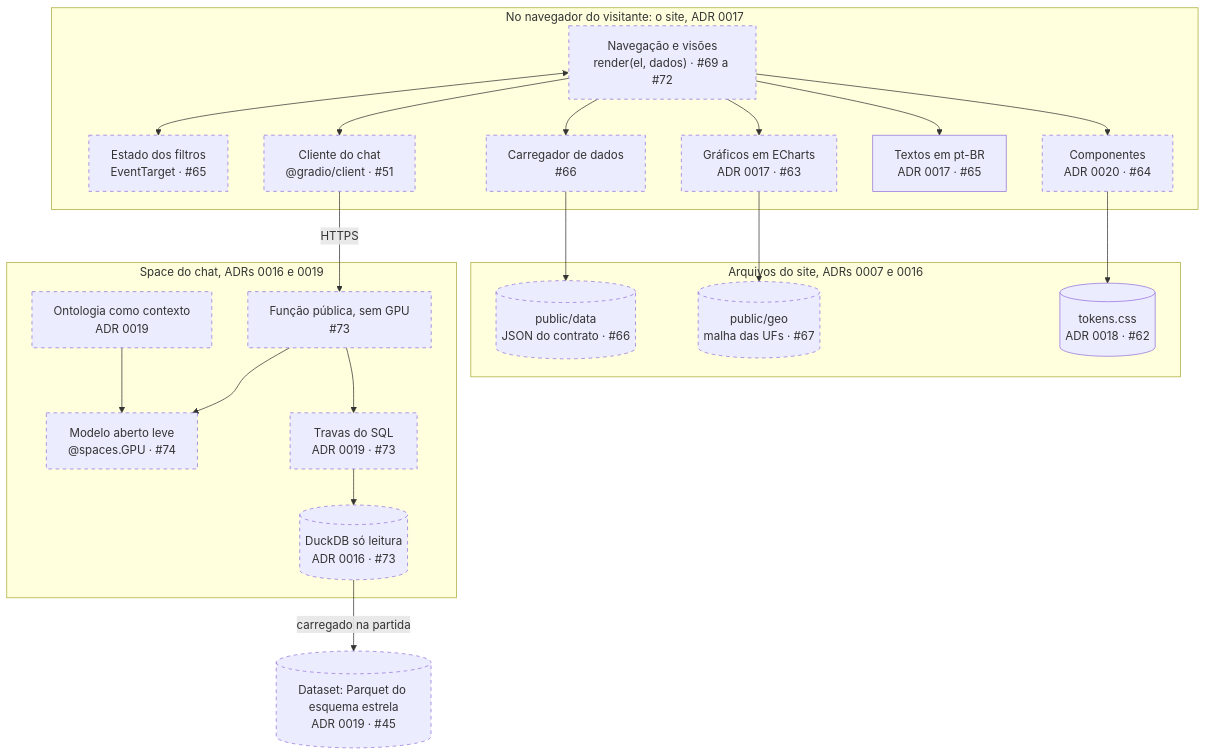
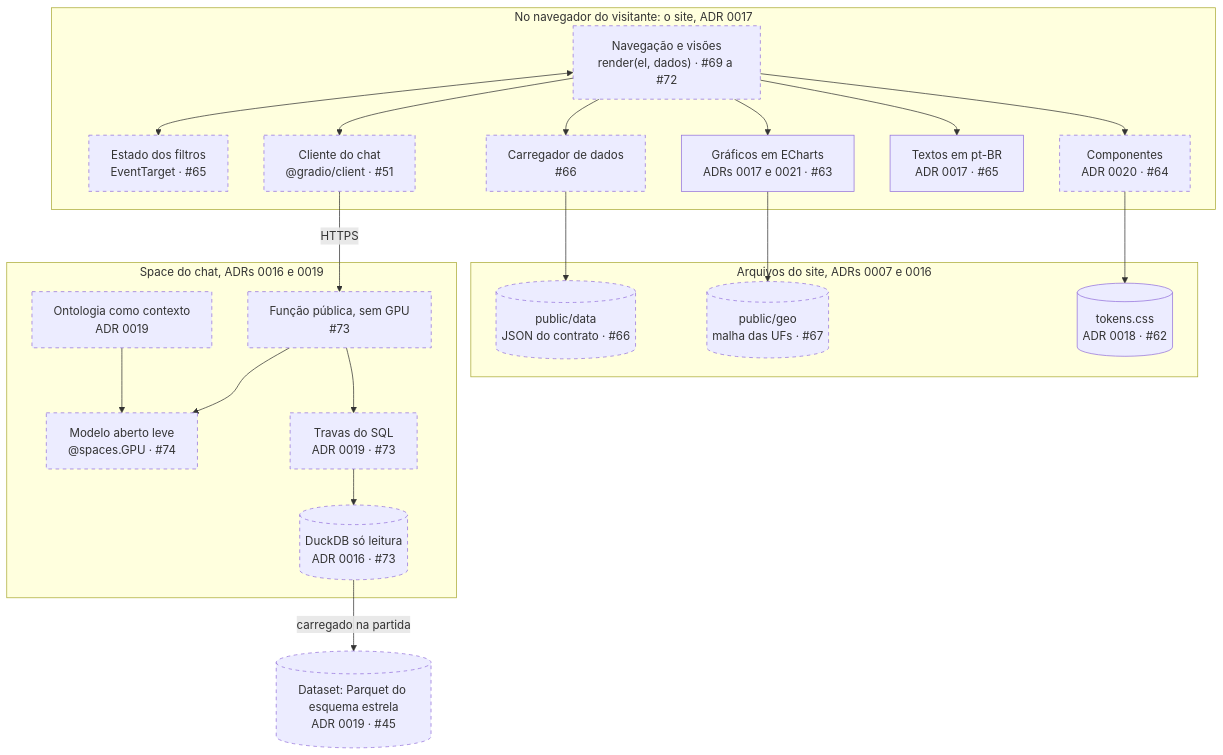
One commit to RCHRDYv/bcb-credito-governanca changed the second of 4 diagrams in docs/dashboard/arquitetura.md. Above: the diagram before and after it, drawn with Mermaid. The commit also changed other lines of this file and 9 other files, not shown here.

````diff
--- a/docs/dashboard/arquitetura.md
+++ b/docs/dashboard/arquitetura.md
@@ -66,43 +67,43 @@
 ```mermaid
 flowchart TB
     subgraph navegador["No navegador do visitante: o site, ADR 0017"]
         visoes["Navegação e visões<br/>render(el, dados) · #69 a #72"]
         filtros["Estado dos filtros<br/>EventTarget · #65"]
         carga["Carregador de dados<br/>#66"]
-        graficos["Gráficos em ECharts<br/>ADR 0017 · #63"]
+        graficos["Gráficos em ECharts<br/>ADRs 0017 e 0021 · #63"]
         componentes["Componentes<br/>ADR 0020 · #64"]
         textos["Textos em pt-BR<br/>ADR 0017 · #65"]
         cliente["Cliente do chat<br/>@gradio/client · #51"]
     end
 
     subgraph estaticos["Arquivos do site, ADRs 0007 e 0016"]
         json[("public/data<br/>JSON do contrato · #66")]
         malha[("public/geo<br/>malha das UFs · #67")]
         tokens[("tokens.css<br/>ADR 0018 · #62")]
     end
 
     subgraph spacebox["Space do chat, ADRs 0016 e 0019"]
         publica["Função pública, sem GPU<br/>#73"]
         modelo["Modelo aberto leve<br/>@spaces.GPU · #74"]
         contexto["Ontologia como contexto<br/>ADR 0019"]
         travas["Travas do SQL<br/>ADR 0019 · #73"]
         duck[("DuckDB só leitura<br/>ADR 0016 · #73")]
     end
 
     parquet[("Dataset: Parquet do esquema estrela<br/>ADR 0019 · #45")]
 
     visoes <--> filtros
     visoes --> graficos & componentes & textos
     visoes --> carga --> json
     graficos --> malha
     componentes --> tokens
     visoes --> cliente
     cliente -- "HTTPS" --> publica
     publica --> modelo
     contexto --> modelo
     publica --> travas --> duck
     duck -- "carregado na partida" --> parquet
 
     classDef planejado stroke-dasharray: 5 5
-    class visoes,filtros,carga,graficos,componentes,cliente,json,malha,publica,modelo,contexto,travas,duck,parquet planejado
+    class visoes,filtros,carga,componentes,cliente,json,malha,publica,modelo,contexto,travas,duck,parquet planejado
 ```
````
